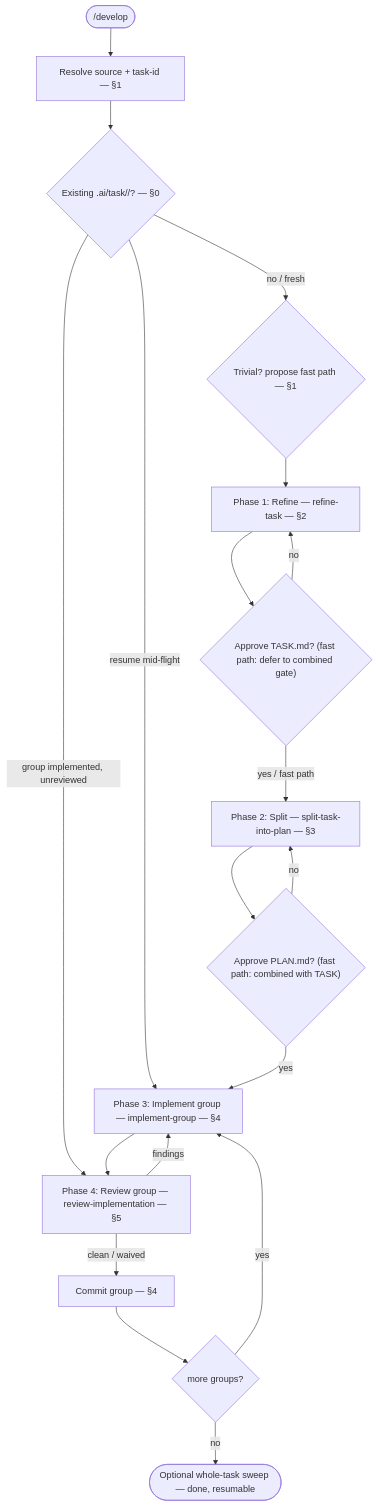
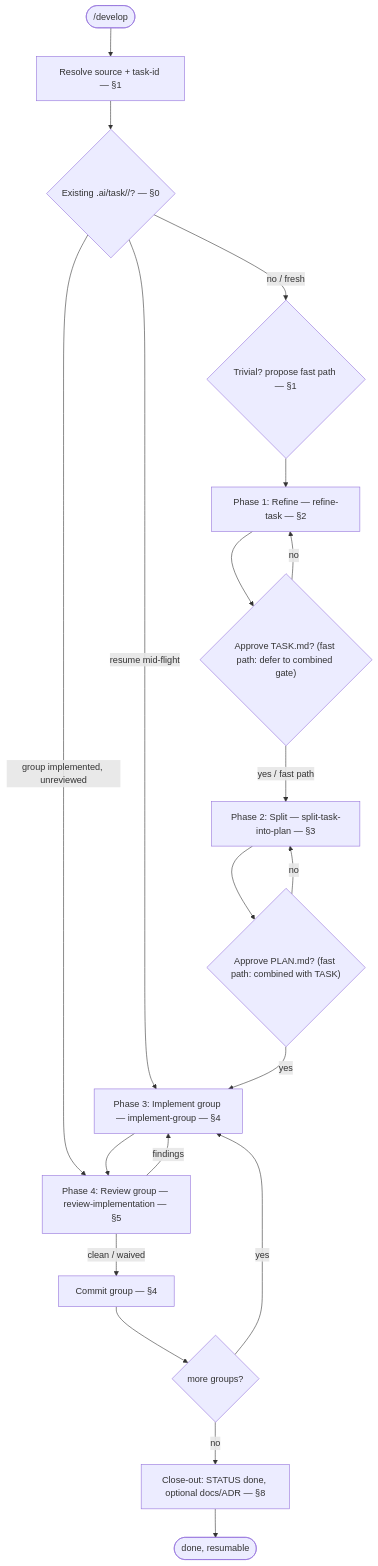
The diagram in skills/develop/SKILL.md (jakubtobiasz/ai-kit), drawn with Mermaid before and after one commit. The commit also changed other lines of this file and 32 other files, not shown here.

````diff
--- a/skills/develop/SKILL.md
+++ b/skills/develop/SKILL.md
@@ -84,21 +90,22 @@
 ```mermaid
 flowchart TD
     Start([/develop]) --> Resolve["Resolve source + task-id — §1"]
     Resolve --> Resume{"Existing .ai/task/<id>/? — §0"}
     Resume -->|resume mid-flight| P3
     Resume -->|group implemented, unreviewed| P4
     Resume -->|no / fresh| Assess{"Trivial? propose fast path — §1"}
     Assess --> P1["Phase 1: Refine — refine-task — §2"]
     P1 --> TaskGate{"Approve TASK.md? (fast path: defer to combined gate)"}
     TaskGate -->|no| P1
     TaskGate -->|yes / fast path| P2["Phase 2: Split — split-task-into-plan — §3"]
     P2 --> PlanGate{"Approve PLAN.md? (fast path: combined with TASK)"}
     PlanGate -->|no| P2
     PlanGate -->|yes| P3["Phase 3: Implement group — implement-group — §4"]
     P3 --> P4["Phase 4: Review group — review-implementation — §5"]
     P4 -->|findings| P3
     P4 -->|clean / waived| Commit["Commit group — §4"]
     Commit --> Next{"more groups?"}
     Next -->|yes| P3
-    Next -->|no| Done(["Optional whole-task sweep — done, resumable"])
+    Next -->|no| Close["Close-out: STATUS done, optional docs/ADR — §8"]
+    Close --> Done(["done, resumable"])
 ```
````
